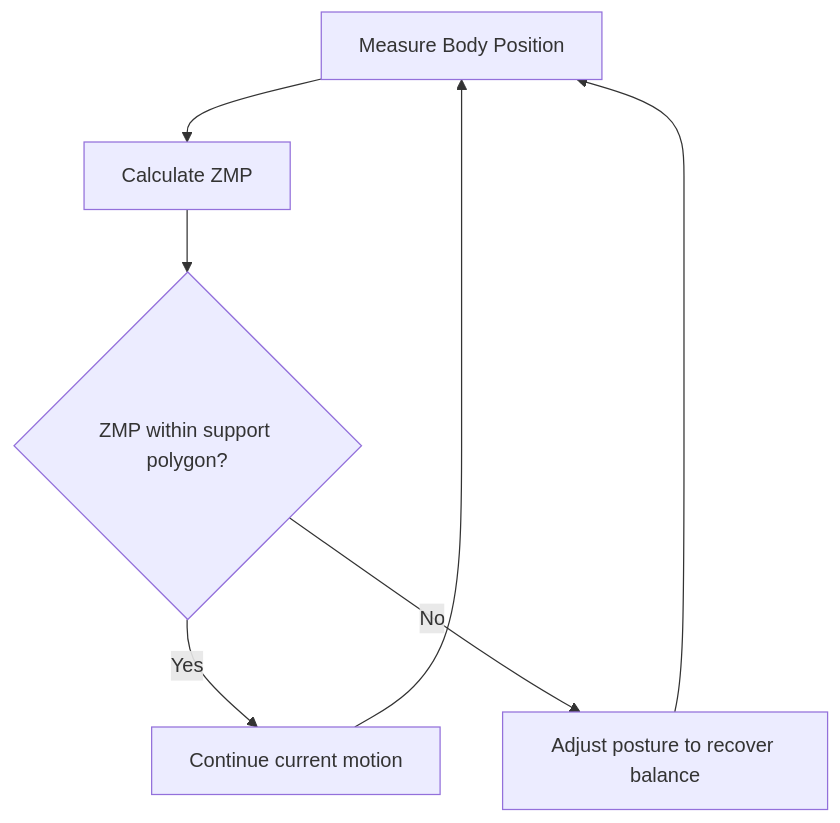
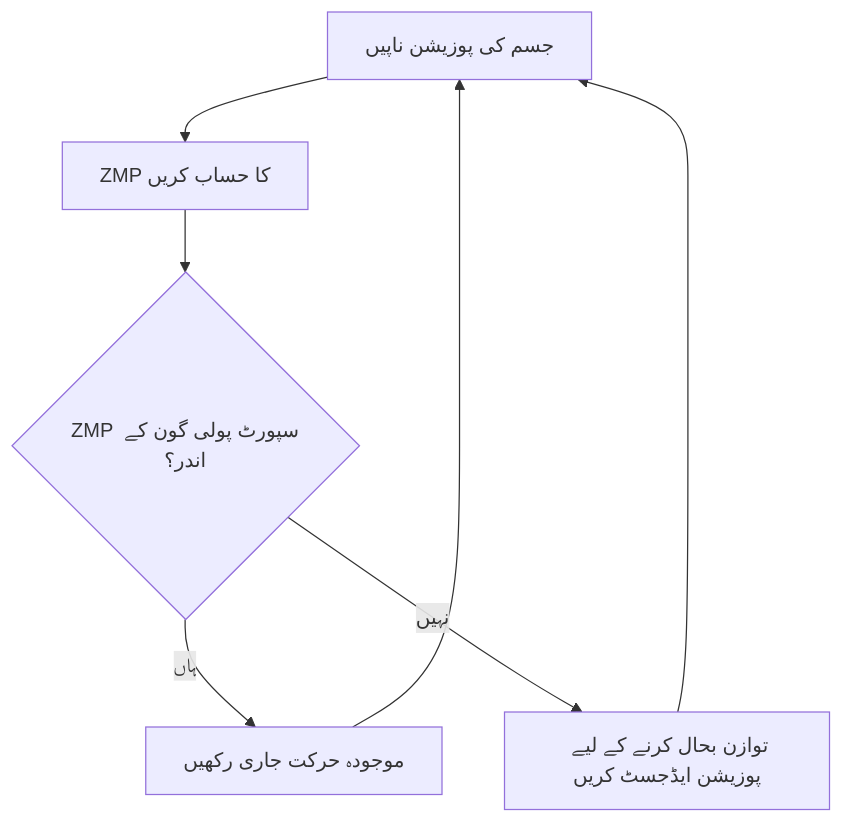
One commit to laraib28/hackathon1 changed the second of 4 diagrams in humanoid-robotics-book/i18n/ur/docusaurus-plugin-content-docs/current/part1-foundations/chapter-02-understanding-humanoid-robots.md. Above: the diagram before and after it, drawn with Mermaid. The commit also changed other lines of this file and 148 other files, not shown here.

````diff
--- a/humanoid-robotics-book/i18n/ur/docusaurus-plugin-content-docs/current/part1-foundations/chapter-02-understanding-humanoid-robots.md
+++ b/humanoid-robotics-book/i18n/ur/docusaurus-plugin-content-docs/current/part1-foundations/chapter-02-understanding-humanoid-robots.md
@@ -202,9 +202,9 @@
 ```mermaid
 graph TD
-    A[Measure Body Position] --> B[Calculate ZMP]
-    B --> C{ZMP within support polygon?}
-    C -->|Yes| D[Continue current motion]
-    C -->|No| E[Adjust posture to recover balance]
+    A[جسم کی پوزیشن ناپیں] --> B[ZMP کا حساب کریں]
+    B --> C{ZMP سپورٹ پولی گون کے اندر؟}
+    C -->|ہاں| D[موجودہ حرکت جاری رکھیں]
+    C -->|نہیں| E[توازن بحال کرنے کے لیے پوزیشن ایڈجسٹ کریں]
     E --> A
     D --> A
 ```
````
